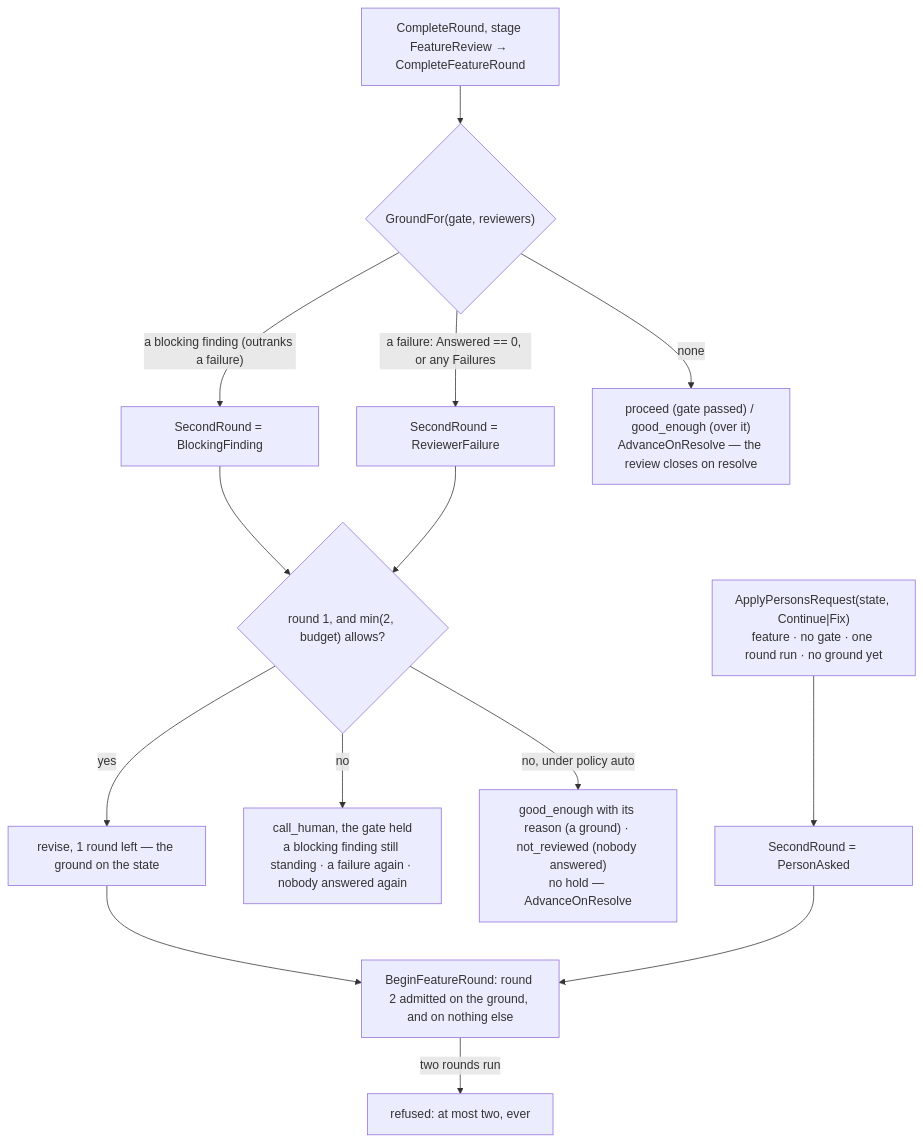
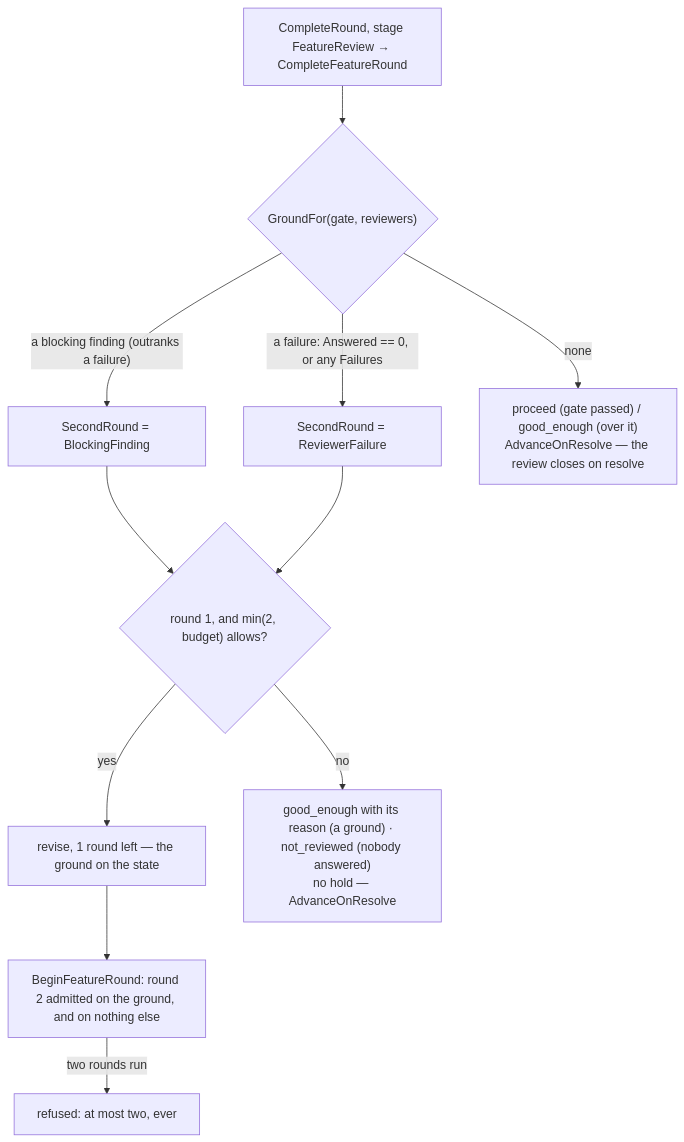
One commit to oleksandrdubyna88/dew_flow_connect_other_ais changed the fourth of 7 diagrams in research/module_core.md. Above: the diagram before and after it, drawn with Mermaid. The commit also changed other lines of this file and 1025 other files, not shown here.

````diff
--- a/research/module_core.md
+++ b/research/module_core.md
@@ -437,16 +440,13 @@
 ```mermaid
 flowchart TD
   r1["CompleteRound, stage FeatureReview → CompleteFeatureRound"] --> ground{"GroundFor(gate, reviewers)"}
   ground -- "a blocking finding (outranks a failure)" --> blocking["SecondRound = BlockingFinding"]
   ground -- "a failure: Answered == 0, or any Failures" --> failure["SecondRound = ReviewerFailure"]
   ground -- "none" --> close["proceed (gate passed) / good_enough (over it)<br/>AdvanceOnResolve — the review closes on resolve"]
   blocking --> which{"round 1, and min(2, budget) allows?"}
   failure --> which
   which -- yes --> revise["revise, 1 round left — the ground on the state"]
-  which -- no --> human["call_human, the gate held<br/>a blocking finding still standing · a failure again · nobody answered again"]
-  which -- "no, under policy auto" --> auto["good_enough with its reason (a ground) · not_reviewed (nobody answered)<br/>no hold — AdvanceOnResolve"]
-  person["ApplyPersonsRequest(state, Continue|Fix)<br/>feature · no gate · one round run · no ground yet"] --> asked["SecondRound = PersonAsked"]
+  which -- no --> auto["good_enough with its reason (a ground) · not_reviewed (nobody answered)<br/>no hold — AdvanceOnResolve"]
   revise --> begin["BeginFeatureRound: round 2 admitted on the ground, and on nothing else"]
-  asked --> begin
   begin -- "two rounds run" --> third["refused: at most two, ever"]
 ```
````
